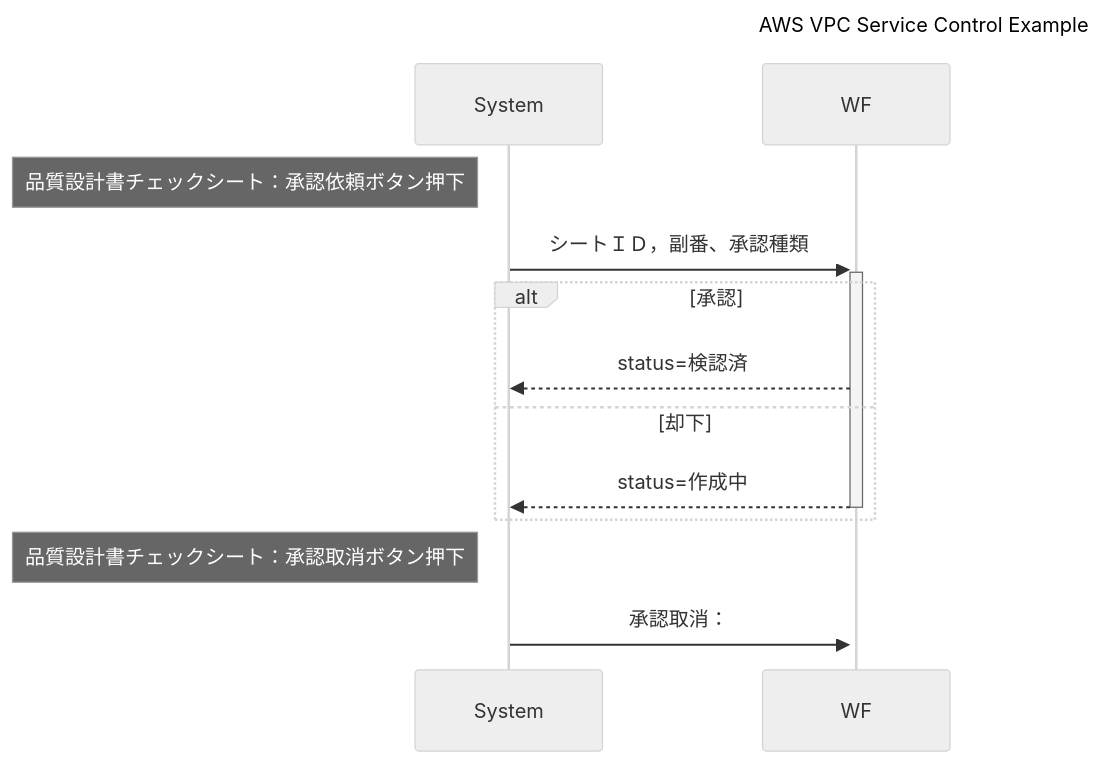
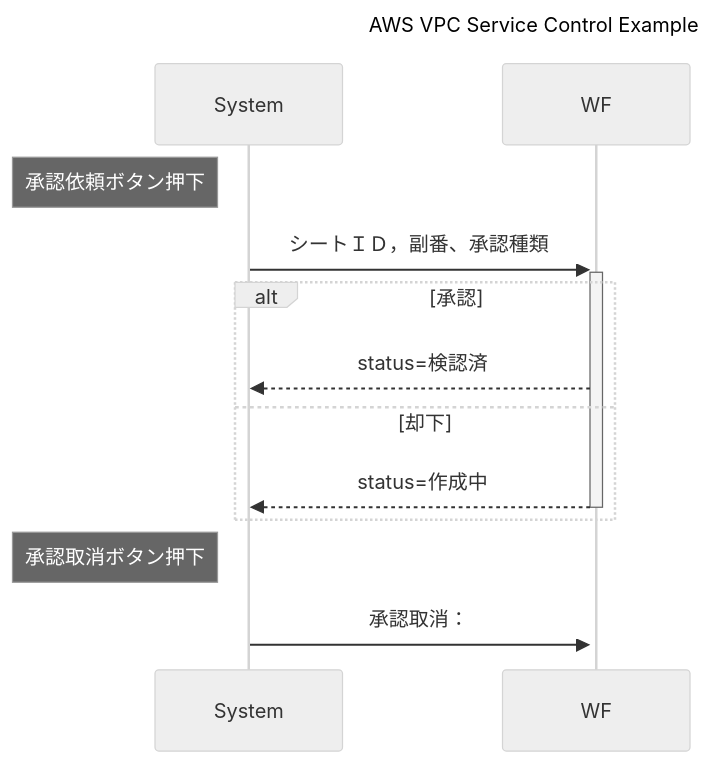
Before and after one commit to sdkn104/misc: the diagram in Comp/Marp/sequence.mmd, drawn with Mermaid (neutral theme). The commit also changed 8 other files, not shown here.

First line of the commit message:
docs(marp): simplify notes in sequence diagram for clarity

```diff
--- a/Comp/Marp/sequence.mmd
+++ b/Comp/Marp/sequence.mmd
@@ -1,17 +1,17 @@
 ---
 title: AWS VPC Service Control Example
 ---
 sequenceDiagram
     participant System
     participant WF
 
-    note left of System: 品質設計書チェックシート：承認依頼ボタン押下
+    note left of System: 承認依頼ボタン押下
     System->>+WF: シートＩＤ，副番、承認種類
     alt 承認
         WF-->>System: status=検認済
     else 却下
         WF-->>-System: status=作成中
     end 
 
-    note left of System: 品質設計書チェックシート：承認取消ボタン押下
+    note left of System: 承認取消ボタン押下
     System->>+WF: 承認取消：
```
